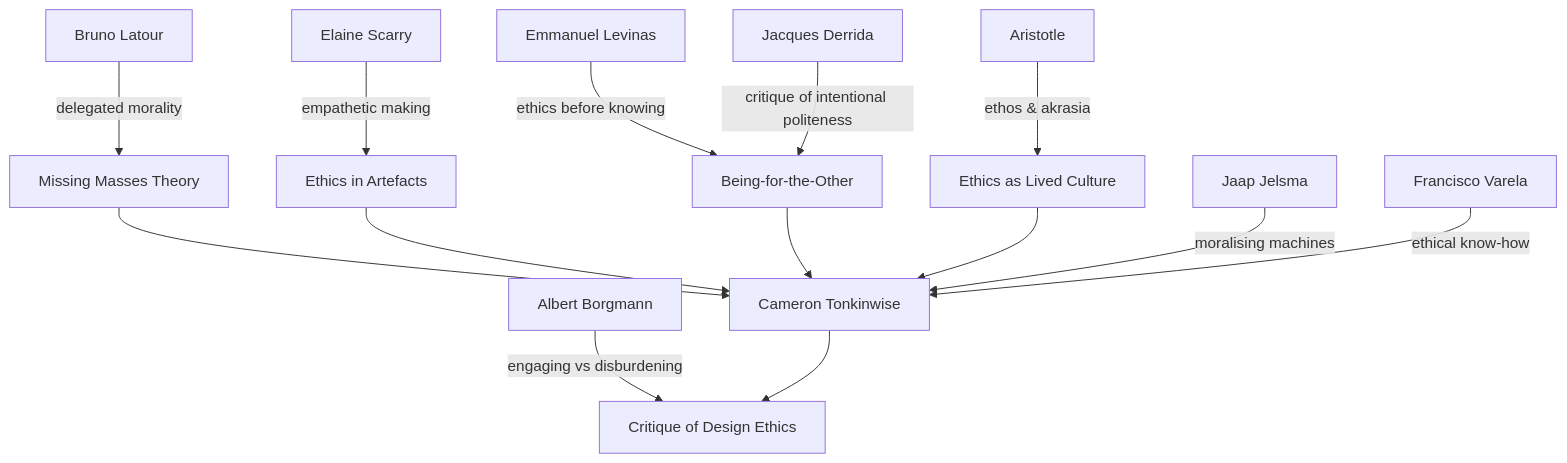
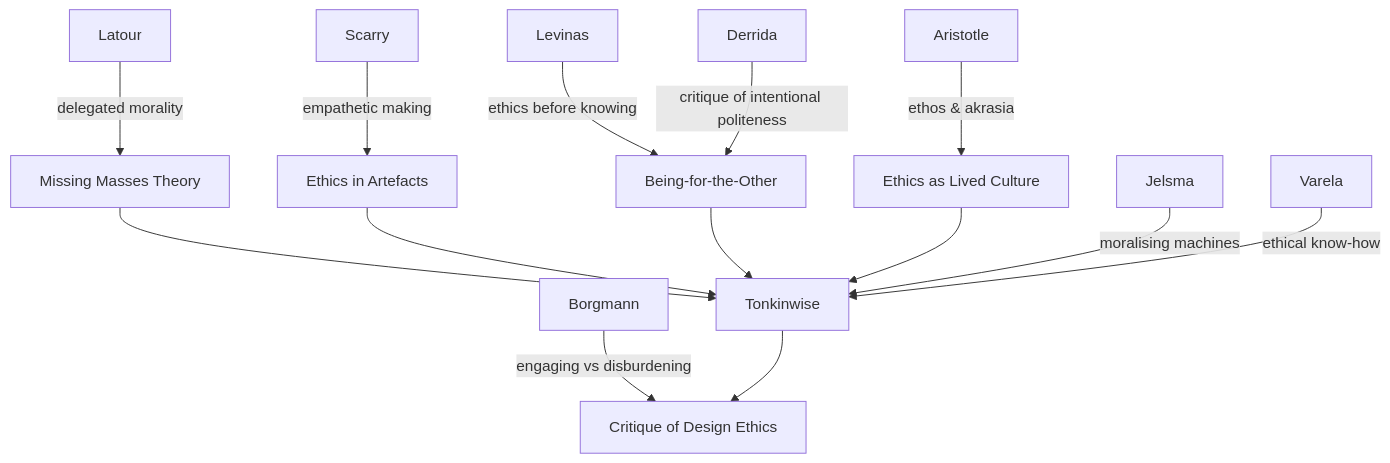
One commit to graph-ist/zettelkasten changed the diagram in content/Is Design Finished.md. Above: the diagram before and after it, drawn with Mermaid. The commit also changed other lines of this file and 138 other files, not shown here.

````diff
--- a/content/Is Design Finished.md
+++ b/content/Is Design Finished.md
@@ -45,18 +45,18 @@
 ```mermaid
 flowchart TD
-    1[Aristotle] -->|ethos & akrasia| 2[Ethics as Lived Culture]
-    3[Emmanuel Levinas] -->|ethics before knowing| 4[Being-for-the-Other]
-    5[Jacques Derrida] -->|critique of intentional politeness| 4
-    6[Bruno Latour] -->|delegated morality| 7[Missing Masses Theory]
-    8[Elaine Scarry] -->|empathetic making| 9[Ethics in Artefacts]
-    7 --> 10[Cameron Tonkinwise]
-    9 --> 10
-    4 --> 10
-    2 --> 10
-    11[Albert Borgmann] -->|engaging vs disburdening| 12[Critique of Design Ethics]
-    10 --> 12
-    13[Jaap Jelsma] -->|moralising machines| 10
-    14[Francisco Varela] -->|ethical know-how| 10
+    Aristotle --> |ethos & akrasia| EthicsLived[Ethics as Lived Culture]
+    Levinas --> |ethics before knowing| BeingForOther[Being-for-the-Other]
+    Derrida --> |critique of intentional politeness| BeingForOther
+    Latour --> |delegated morality| MissingMasses[Missing Masses Theory]
+    Scarry --> |empathetic making| EthicsArtefacts[Ethics in Artefacts]
+    MissingMasses --> Tonkinwise
+    EthicsArtefacts --> Tonkinwise
+    BeingForOther --> Tonkinwise
+    EthicsLived --> Tonkinwise
+    Borgmann --> |engaging vs disburdening| CritiqueDesignEthics[Critique of Design Ethics]
+    Tonkinwise --> CritiqueDesignEthics
+    Jelsma --> |moralising machines| Tonkinwise
+    Varela --> |ethical know-how| Tonkinwise
 
-    class 1,3,5,6,8,11,13,14 internal-link
+    class Aristotle,Levinas,Derrida,Latour,Scarry,Borgmann,Jelsma,Varela,Tonkinwise internal-link;
 ```
````
